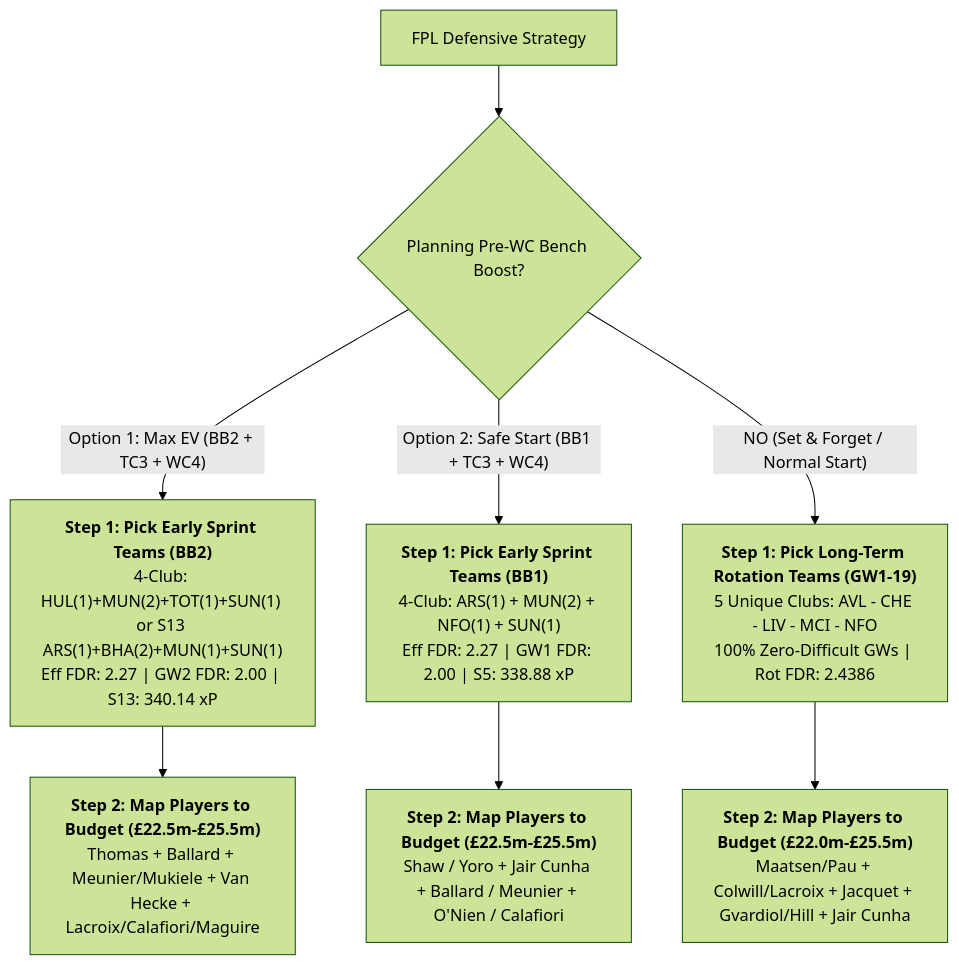
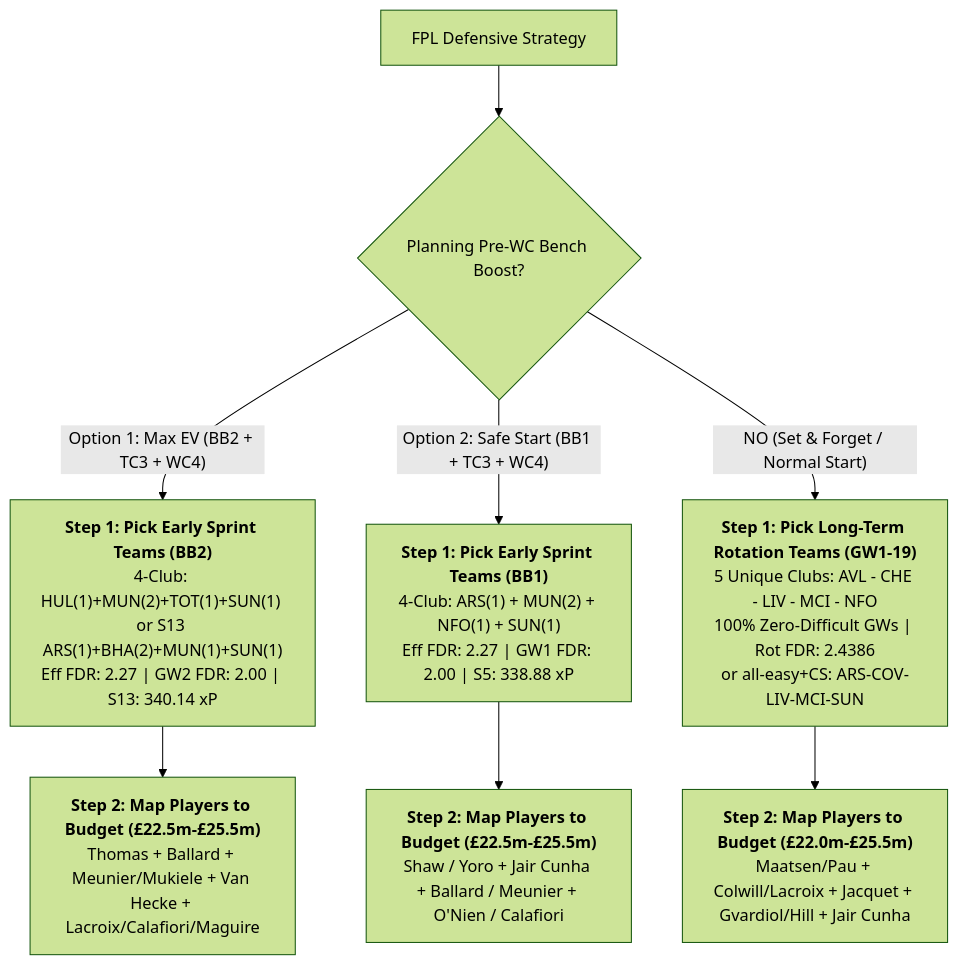
The second of 2 diagrams in docs/research/def-fixture-rotation/def-fixture-rotation.md (JubileeZ/fpl-jubilee-ascent), drawn with Mermaid (forest theme) before and after one commit. The commit also changed other lines of this file and 7 other files, not shown here.

````diff
--- a/docs/research/def-fixture-rotation/def-fixture-rotation.md
+++ b/docs/research/def-fixture-rotation/def-fixture-rotation.md
@@ -542,11 +772,11 @@
 ```mermaid
 graph TD
     A["FPL Defensive Strategy"] --> B{"Planning Pre-WC Bench Boost?"}
     B -- "Option 1: Max EV (BB2 + TC3 + WC4)" --> C1["<b>Step 1: Pick Early Sprint Teams (BB2)</b><br>4-Club: HUL(1)+MUN(2)+TOT(1)+SUN(1) or S13 ARS(1)+BHA(2)+MUN(1)+SUN(1)<br>Eff FDR: 2.27 | GW2 FDR: 2.00 | S13: 340.14 xP"]
     B -- "Option 2: Safe Start (BB1 + TC3 + WC4)" --> C2["<b>Step 1: Pick Early Sprint Teams (BB1)</b><br>4-Club: ARS(1) + MUN(2) + NFO(1) + SUN(1)<br>Eff FDR: 2.27 | GW1 FDR: 2.00 | S5: 338.88 xP"]
-    B -- "NO (Set & Forget / Normal Start)" --> D["<b>Step 1: Pick Long-Term Rotation Teams (GW1-19)</b><br>5 Unique Clubs: AVL - CHE - LIV - MCI - NFO<br>100% Zero-Difficult GWs | Rot FDR: 2.4386"]
+    B -- "NO (Set & Forget / Normal Start)" --> D["<b>Step 1: Pick Long-Term Rotation Teams (GW1-19)</b><br>5 Unique Clubs: AVL - CHE - LIV - MCI - NFO<br>100% Zero-Difficult GWs | Rot FDR: 2.4386<br>or all-easy+CS: ARS-COV-LIV-MCI-SUN"]
     
     C1 --> E1["<b>Step 2: Map Players to Budget (£22.5m-£25.5m)</b><br>Thomas + Ballard + Meunier/Mukiele + Van Hecke + Lacroix/Calafiori/Maguire"]
     C2 --> E2["<b>Step 2: Map Players to Budget (£22.5m-£25.5m)</b><br>Shaw / Yoro + Jair Cunha + Ballard / Meunier + O'Nien / Calafiori"]
     D --> F["<b>Step 2: Map Players to Budget (£22.0m-£25.5m)</b><br>Maatsen/Pau + Colwill/Lacroix + Jacquet + Gvardiol/Hill + Jair Cunha"]
 ```
````
